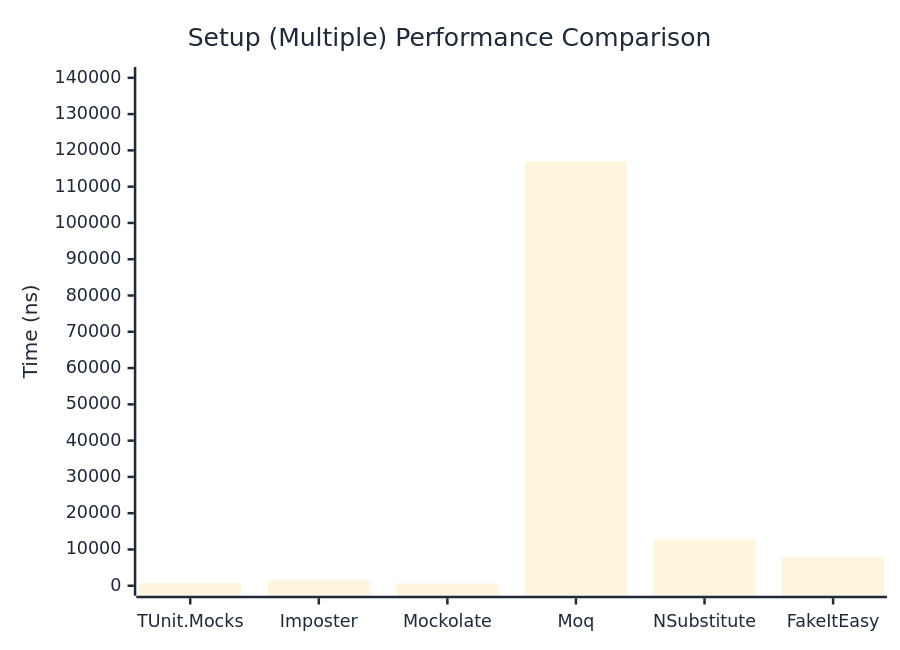
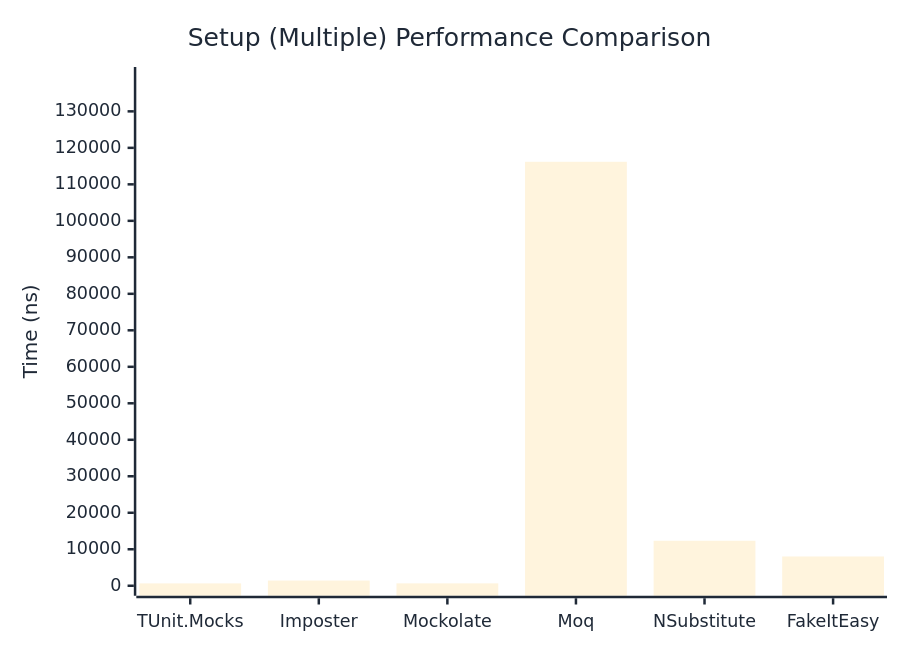
Before and after one commit to weiyilai/TUnit: the second of 2 diagrams in docs/docs/benchmarks/mocks/Setup.md, drawn with Mermaid. The commit also changed other lines of this file and 14 other files, not shown here.

````diff
--- a/docs/docs/benchmarks/mocks/Setup.md
+++ b/docs/docs/benchmarks/mocks/Setup.md
@@ -69,27 +69,27 @@
 ```mermaid
 %%{init: {
   'theme':'base',
   'themeVariables': {
     'primaryColor': '#2563eb',
     'primaryTextColor': '#1f2937',
     'primaryBorderColor': '#1e40af',
     'lineColor': '#6b7280',
     'secondaryColor': '#7c3aed',
     'tertiaryColor': '#dc2626',
     'background': '#ffffff',
     'pie1': '#2563eb',
     'pie2': '#7c3aed',
     'pie3': '#dc2626',
     'pie4': '#f59e0b',
     'pie5': '#10b981',
     'pie6': '#06b6d4',
     'pie7': '#ec4899',
     'pie8': '#6366f1'
   }
 }}%%
 xychart-beta
   title "Setup (Multiple) Performance Comparison"
   x-axis ["TUnit.Mocks", "Imposter", "Mockolate", "Moq", "NSubstitute", "FakeItEasy"]
-  y-axis "Time (ns)" 0 --> 140224
-  bar [654.5, 1420.9, 631.3, 116852.6, 12773.1, 7948.2]
+  y-axis "Time (ns)" 0 --> 139415
+  bar [643, 1423.6, 658.6, 116178.4, 12327.7, 8025.4]
 ```
````
